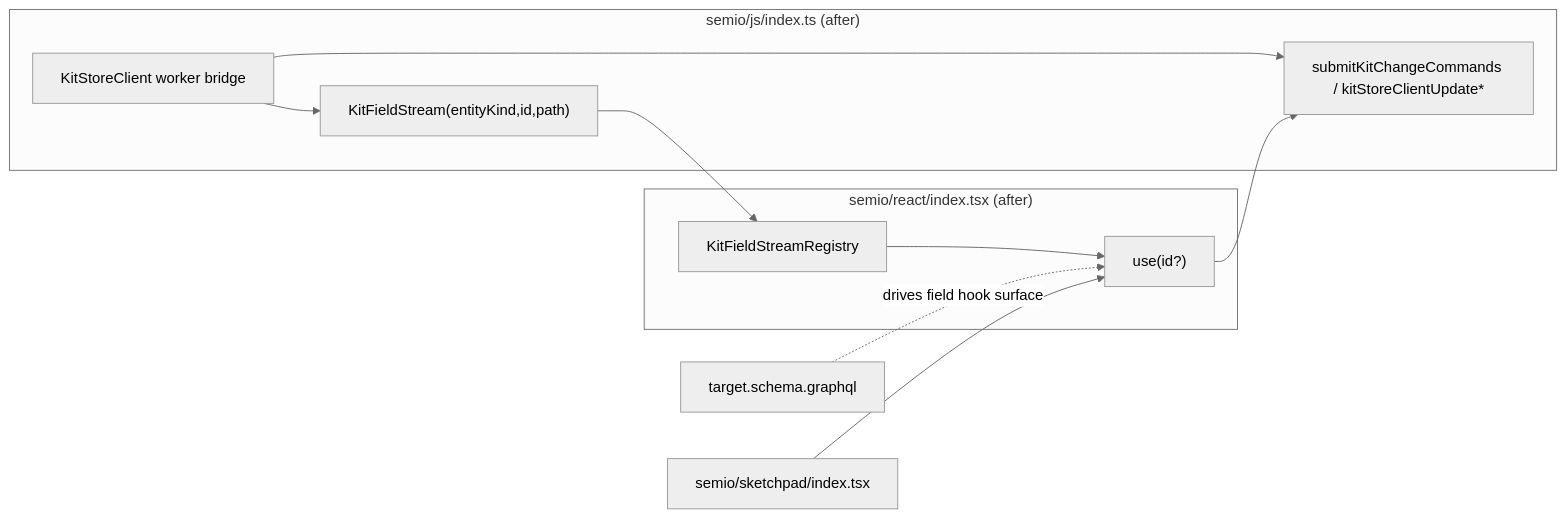
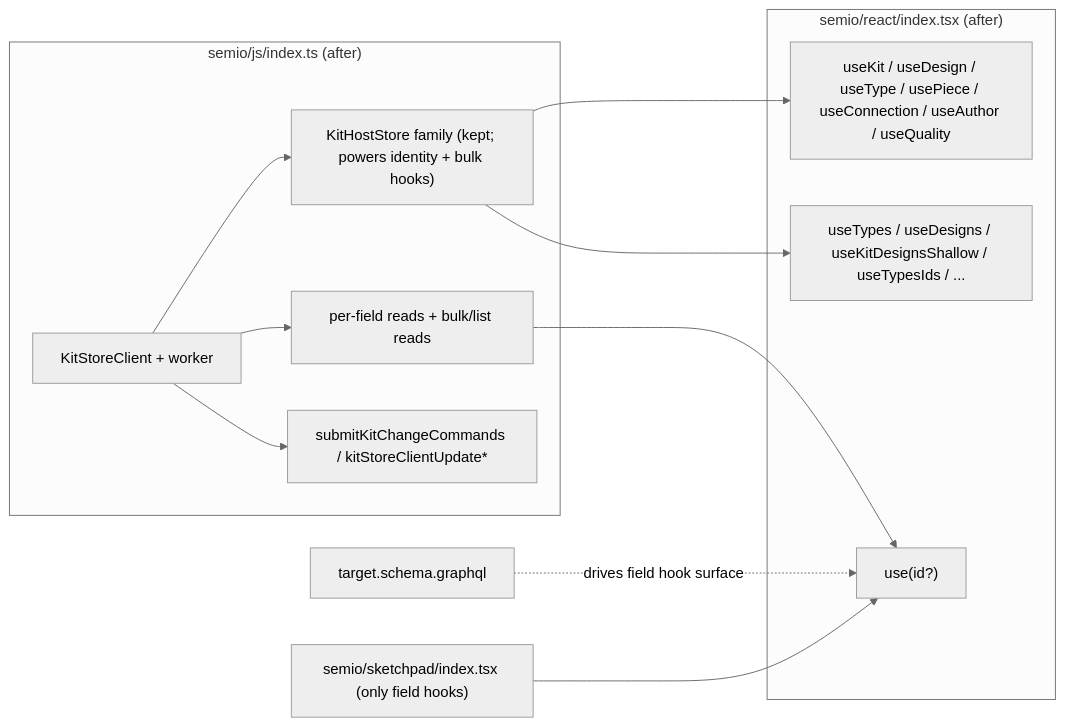
Before and after one commit to usalu/semio: the diagram in .cursor/plans/field-only_kit_reads_refactor_09fc9816.plan.md, drawn with Mermaid (neutral theme). The commit also changed other lines of this file and 6 other files, not shown here.

````diff
--- a/.cursor/plans/field-only_kit_reads_refactor_09fc9816.plan.md
+++ b/.cursor/plans/field-only_kit_reads_refactor_09fc9816.plan.md
@@ -42,20 +38,23 @@
 ```mermaid
 flowchart LR
   Schema["target.schema.graphql"]
   subgraph js["semio/js/index.ts (after)"]
-    Worker["KitStoreClient worker bridge"]
-    Field["KitFieldStream(entityKind,id,path)"]
+    Worker["KitStoreClient + worker"]
+    Stores["KitHostStore family (kept; powers identity + bulk hooks)"]
+    Reads["per-field reads + bulk/list reads"]
     Writes["submitKitChangeCommands / kitStoreClientUpdate*"]
-    Worker --> Field
+    Worker --> Stores
+    Worker --> Reads
     Worker --> Writes
   end
   subgraph react["semio/react/index.tsx (after)"]
-    Reg["KitFieldStreamRegistry"]
-    Hooks["use<Entity><FieldPath>(id?)"]
-    Reg --> Hooks
+    FieldHooks["use<Entity><FieldPath>(id?)"]
+    IdentityHooks["useKit / useDesign / useType / usePiece / useConnection / useAuthor / useQuality"]
+    BulkHooks["useTypes / useDesigns / useKitDesignsShallow / useTypesIds / ..."]
+    Stores --> IdentityHooks
+    Stores --> BulkHooks
+    Reads --> FieldHooks
   end
-  Schema -. "drives field hook surface" .-> Hooks
-  Field --> Reg
-  Hooks --> Writes
-  Sketchpad["semio/sketchpad/index.tsx"] --> Hooks
+  Schema -. "drives field hook surface" .-> FieldHooks
+  Sketchpad["semio/sketchpad/index.tsx (only field hooks)"] --> FieldHooks
 ```
````
